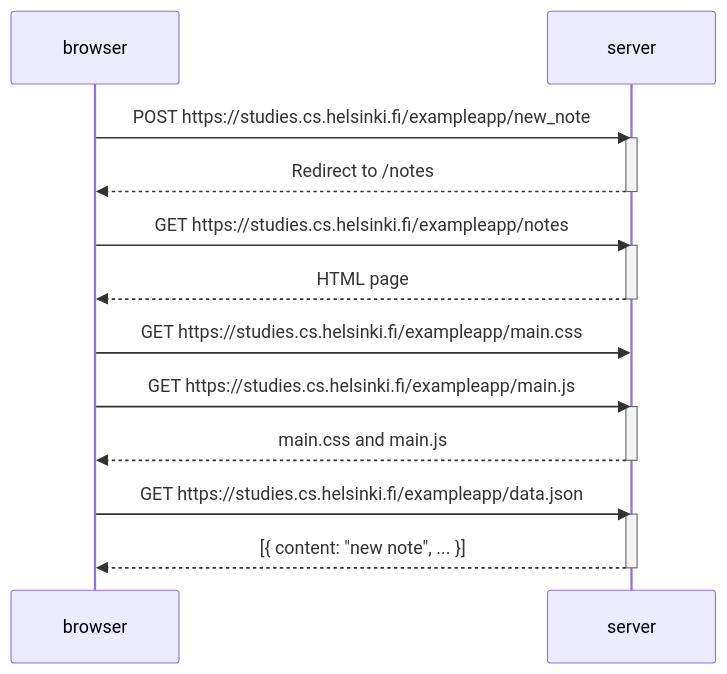
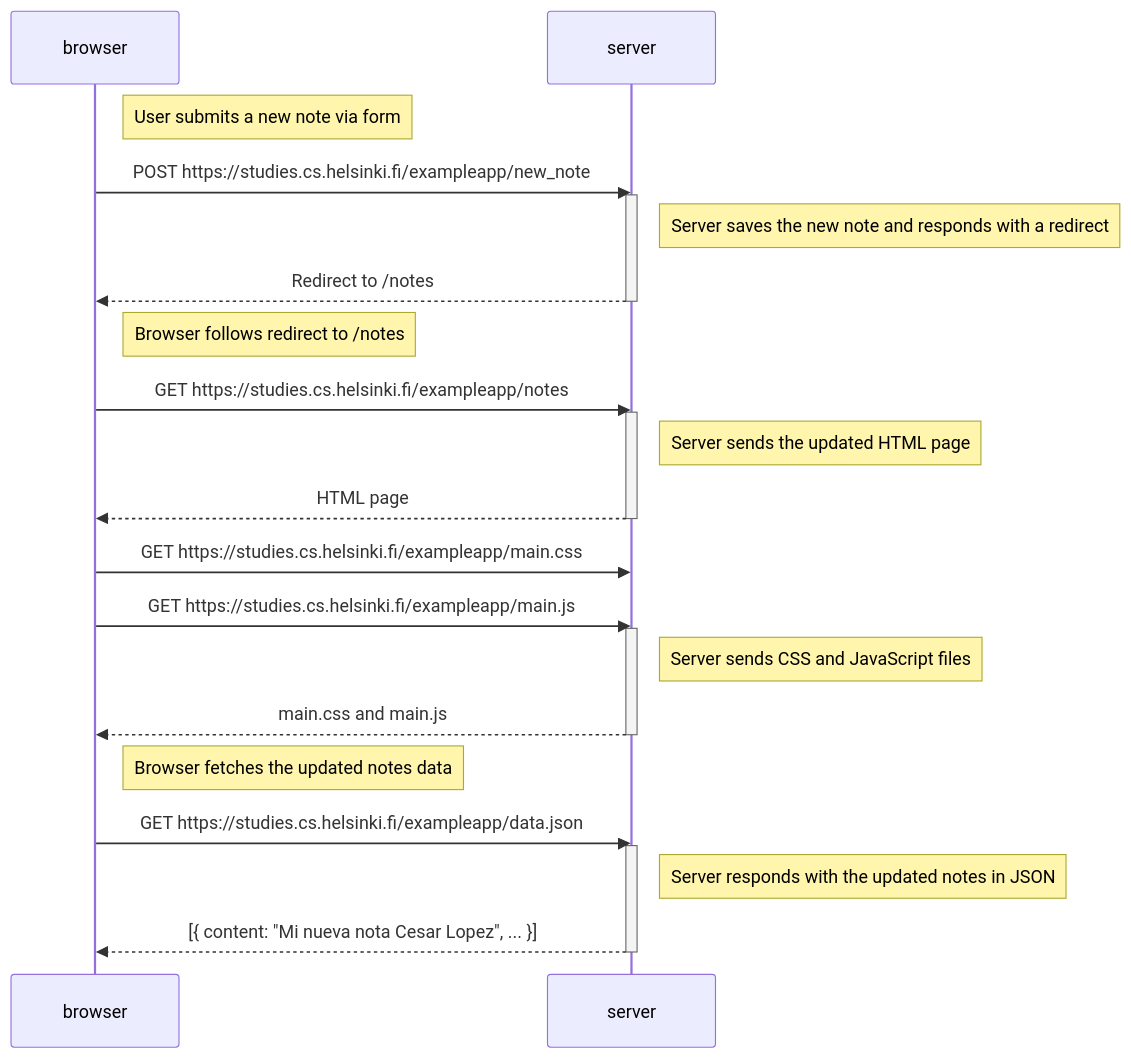
One commit to cesarlpzdj/fso-submission changed the diagram in part0/new-note.md. Above: the diagram before and after it, drawn with Mermaid. The commit also changed 2 other files, not shown here.

Commit message:
Added notes to diagrams

````diff
--- a/part0/new-note.md
+++ b/part0/new-note.md
@@ -1,27 +1,37 @@
 ```mermaid
 sequenceDiagram
 
     participant browser
     participant server
 
+    Note right of browser: User submits a new note via form
+
     browser->>server: POST https://studies.cs.helsinki.fi/exampleapp/new_note
     activate server
+    Note right of server: Server saves the new note and responds with a redirect
     server-->>browser: Redirect to /notes
     deactivate server
 
+    Note right of browser: Browser follows redirect to /notes
+
     browser->>server: GET https://studies.cs.helsinki.fi/exampleapp/notes
     activate server
+    Note right of server: Server sends the updated HTML page
     server-->>browser: HTML page
     deactivate server
 
     browser->>server: GET https://studies.cs.helsinki.fi/exampleapp/main.css
     browser->>server: GET https://studies.cs.helsinki.fi/exampleapp/main.js
     activate server
+    Note right of server: Server sends CSS and JavaScript files
     server-->>browser: main.css and main.js
     deactivate server
-    
+
+    Note right of browser: Browser fetches the updated notes data
+
     browser->>server: GET https://studies.cs.helsinki.fi/exampleapp/data.json
     activate server
-    server-->>browser: [{ content: "new note", ... }]
+    Note right of server: Server responds with the updated notes in JSON
+    server-->>browser: [{ content: "Mi nueva nota Cesar Lopez", ... }]
     deactivate server
 ```
````
